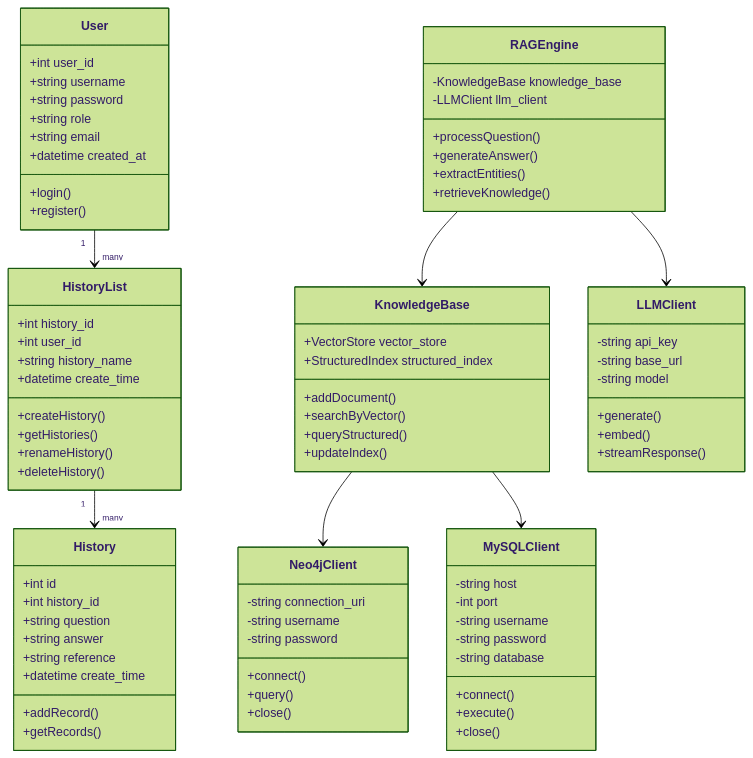
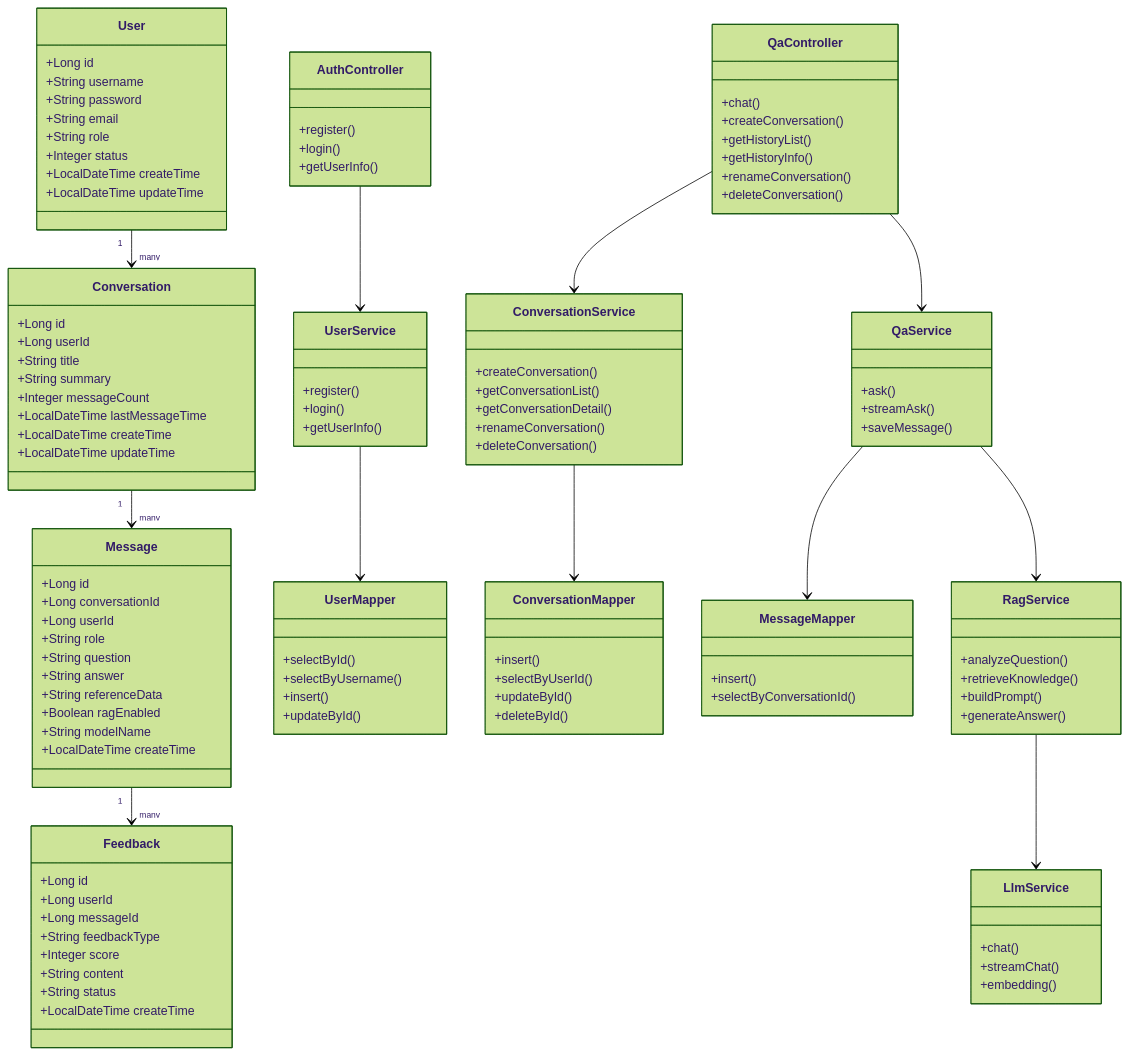
One commit to BUCT-CS2301/QAsystem changed the third of 6 diagrams in documents/需求规格说明书.md. Above: the diagram before and after it, drawn with Mermaid (forest theme). The commit also changed other lines of this file, not shown here.

````diff
--- a/documents/需求规格说明书.md
+++ b/documents/需求规格说明书.md
@@ -225,89 +262,129 @@
 ```mermaid
 classDiagram
     class User {
-        +int user_id
-        +string username
-        +string password
-        +string role
-        +string email
-        +datetime created_at
-        +login()
-        +register()
+        +Long id
+        +String username
+        +String password
+        +String email
+        +String role
+        +Integer status
+        +LocalDateTime createTime
+        +LocalDateTime updateTime
     }
 
-    class HistoryList {
-        +int history_id
-        +int user_id
-        +string history_name
-        +datetime create_time
-        +createHistory()
-        +getHistories()
-        +renameHistory()
-        +deleteHistory()
+    class Conversation {
+        +Long id
+        +Long userId
+        +String title
+        +String summary
+        +Integer messageCount
+        +LocalDateTime lastMessageTime
+        +LocalDateTime createTime
+        +LocalDateTime updateTime
     }
 
-    class History {
-        +int id
-        +int history_id
-        +string question
-        +string answer
-        +string reference
-        +datetime create_time
-        +addRecord()
-        +getRecords()
+    class Message {
+        +Long id
+        +Long conversationId
+        +Long userId
+        +String role
+        +String question
+        +String answer
+        +String referenceData
+        +Boolean ragEnabled
+        +String modelName
+        +LocalDateTime createTime
     }
 
-    class RAGEngine {
-        -KnowledgeBase knowledge_base
-        -LLMClient llm_client
-        +processQuestion()
-        +generateAnswer()
-        +extractEntities()
-        +retrieveKnowledge()
+    class Feedback {
+        +Long id
+        +Long userId
+        +Long messageId
+        +String feedbackType
+        +Integer score
+        +String content
+        +String status
+        +LocalDateTime createTime
     }
 
-    class KnowledgeBase {
-        +VectorStore vector_store
-        +StructuredIndex structured_index
-        +addDocument()
-        +searchByVector()
-        +queryStructured()
-        +updateIndex()
+    class AuthController {
+        +register()
+        +login()
+        +getUserInfo()
     }
 
-    class Neo4jClient {
-        -string connection_uri
-        -string username
-        -string password
-        +connect()
-        +query()
-        +close()
+    class QaController {
+        +chat()
+        +createConversation()
+        +getHistoryList()
+        +getHistoryInfo()
+        +renameConversation()
+        +deleteConversation()
     }
 
-    class MySQLClient {
-        -string host
-        -int port
-        -string username
-        -string password
-        -string database
-        +connect()
-        +execute()
-        +close()
+    class UserService {
+        +register()
+        +login()
+        +getUserInfo()
     }
 
-    class LLMClient {
-        -string api_key
-        -string base_url
-        -string model
-        +generate()
-        +embed()
-        +streamResponse()
+    class ConversationService {
+        +createConversation()
+        +getConversationList()
+        +getConversationDetail()
+        +renameConversation()
+        +deleteConversation()
     }
 
-    User "1" --> "many" HistoryList
-    HistoryList "1" --> "many" History
-    RAGEngine --> KnowledgeBase
-    RAGEngine --> LLMClient
-    KnowledgeBase --> Neo4jClient
-    KnowledgeBase --> MySQLClient
+    class QaService {
+        +ask()
+        +streamAsk()
+        +saveMessage()
+    }
+
+    class RagService {
+        +analyzeQuestion()
+        +retrieveKnowledge()
+        +buildPrompt()
+        +generateAnswer()
+    }
+
+    class LlmService {
+        +chat()
+        +streamChat()
+        +embedding()
+    }
+
+    class UserMapper {
+        +selectById()
+        +selectByUsername()
+        +insert()
+        +updateById()
+    }
+
+    class ConversationMapper {
+        +insert()
+        +selectByUserId()
+        +updateById()
+        +deleteById()
+    }
+
+    class MessageMapper {
+        +insert()
+        +selectByConversationId()
+    }
+
+    User "1" --> "many" Conversation
+    Conversation "1" --> "many" Message
+    Message "1" --> "many" Feedback
+
+    AuthController --> UserService
+    QaController --> ConversationService
+    QaController --> QaService
+
+    UserService --> UserMapper
+    ConversationService --> ConversationMapper
+    QaService --> MessageMapper
+    QaService --> RagService
+    RagService --> LlmService
 ```
````
